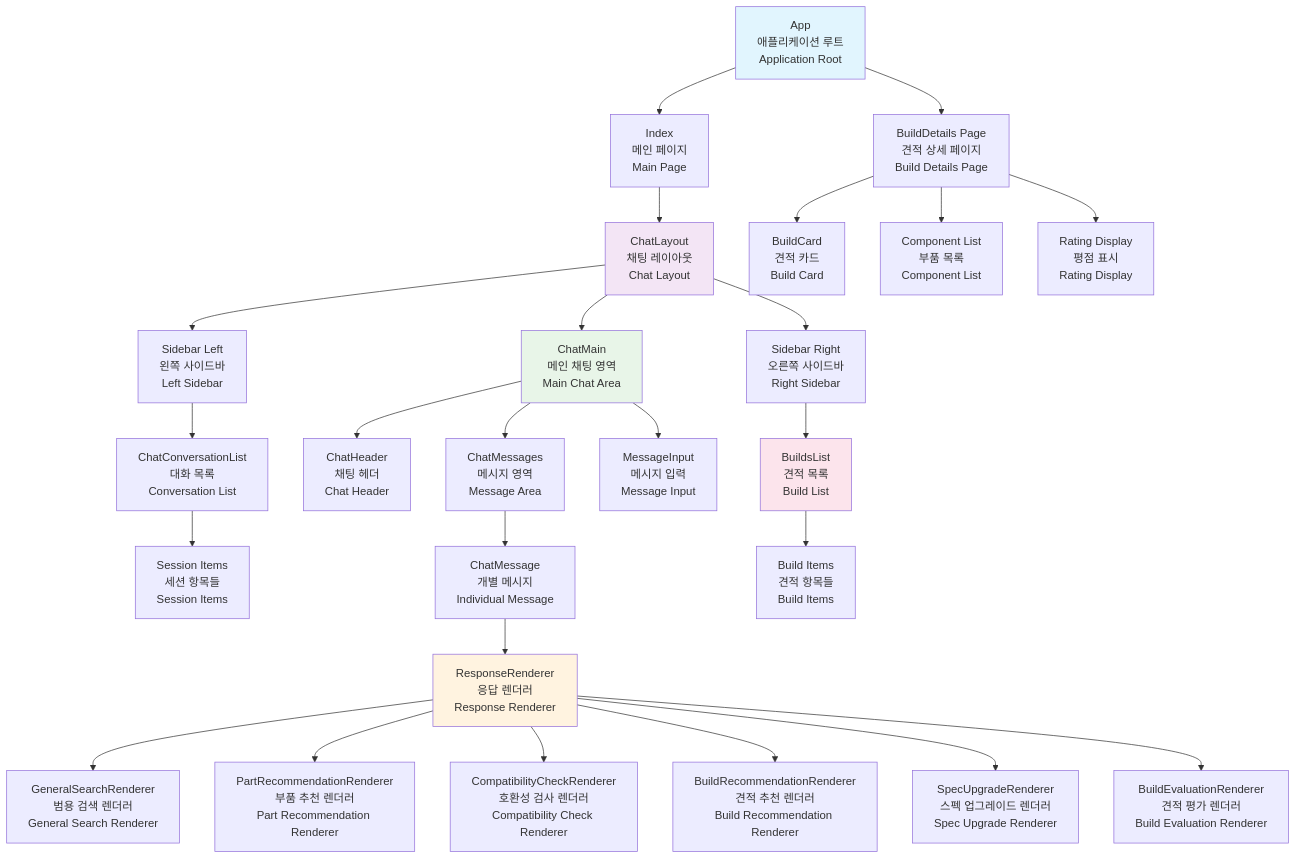
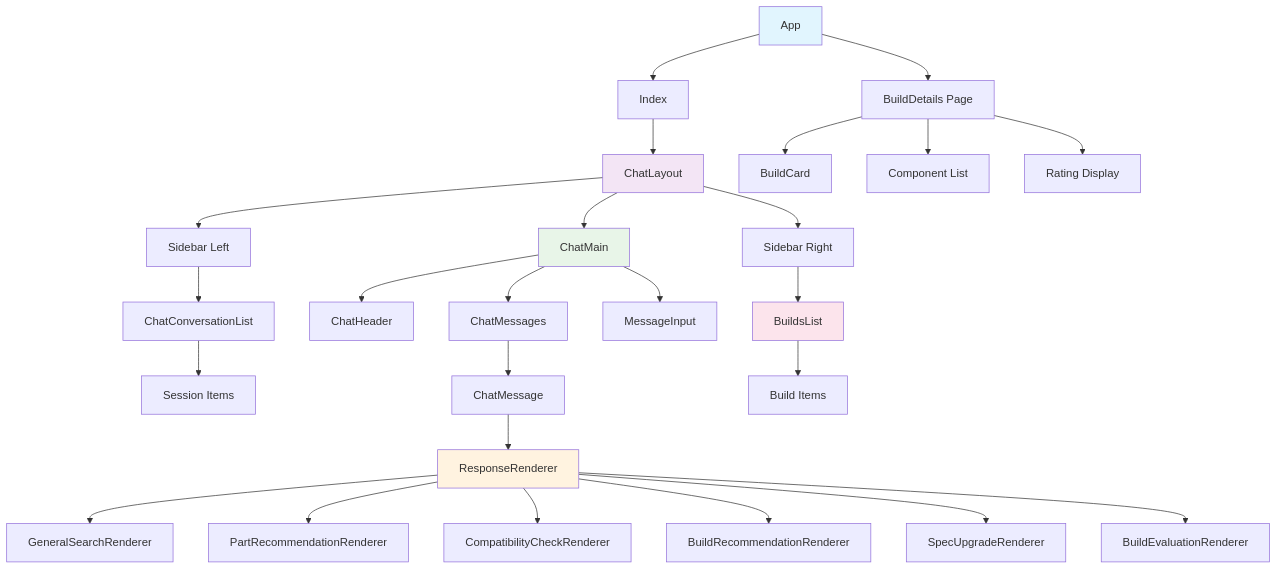
The second of 20 diagrams in docs/design-specification.md (p0pular131/askspec-chat-assistant), drawn with Mermaid before and after one commit. The commit also changed other lines of this file, not shown here.

````diff
--- a/docs/design-specification.md
+++ b/docs/design-specification.md
@@ -111,41 +111,41 @@
 ```mermaid
 graph TD
-    App["App<br/>애플리케이션 루트<br/>Application Root"] --> Index["Index<br/>메인 페이지<br/>Main Page"]
-    App --> BuildDetailsPage["BuildDetails Page<br/>견적 상세 페이지<br/>Build Details Page"]
+    App["App"] --> Index["Index"]
+    App --> BuildDetailsPage["BuildDetails Page"]
     
-    Index --> ChatLayout["ChatLayout<br/>채팅 레이아웃<br/>Chat Layout"]
+    Index --> ChatLayout["ChatLayout"]
     
-    ChatLayout --> SidebarLeft["Sidebar Left<br/>왼쪽 사이드바<br/>Left Sidebar"]
-    ChatLayout --> ChatMainArea["ChatMain<br/>메인 채팅 영역<br/>Main Chat Area"]
-    ChatLayout --> SidebarRight["Sidebar Right<br/>오른쪽 사이드바<br/>Right Sidebar"]
+    ChatLayout --> SidebarLeft["Sidebar Left"]
+    ChatLayout --> ChatMainArea["ChatMain"]
+    ChatLayout --> SidebarRight["Sidebar Right"]
     
-    SidebarLeft --> ConversationList["ChatConversationList<br/>대화 목록<br/>Conversation List"]
-    ConversationList --> SessionItem["Session Items<br/>세션 항목들<br/>Session Items"]
+    SidebarLeft --> ConversationList["ChatConversationList"]
+    ConversationList --> SessionItem["Session Items"]
     
-    ChatMainArea --> ChatHeader["ChatHeader<br/>채팅 헤더<br/>Chat Header"]
-    ChatMainArea --> ChatMessages["ChatMessages<br/>메시지 영역<br/>Message Area"]
-    ChatMainArea --> MessageInput["MessageInput<br/>메시지 입력<br/>Message Input"]
+    ChatMainArea --> ChatHeader["ChatHeader"]
+    ChatMainArea --> ChatMessages["ChatMessages"]
+    ChatMainArea --> MessageInput["MessageInput"]
     
-    ChatMessages --> ChatMessage["ChatMessage<br/>개별 메시지<br/>Individual Message"]
-    ChatMessage --> ResponseRenderer["ResponseRenderer<br/>응답 렌더러<br/>Response Renderer"]
+    ChatMessages --> ChatMessage["ChatMessage"]
+    ChatMessage --> ResponseRenderer["ResponseRenderer"]
     
-    ResponseRenderer --> GeneralSearch["GeneralSearchRenderer<br/>범용 검색 렌더러<br/>General Search Renderer"]
-    ResponseRenderer --> PartRecommendation["PartRecommendationRenderer<br/>부품 추천 렌더러<br/>Part Recommendation Renderer"]
-    ResponseRenderer --> CompatibilityCheck["CompatibilityCheckRenderer<br/>호환성 검사 렌더러<br/>Compatibility Check Renderer"]
-    ResponseRenderer --> BuildRecommendation["BuildRecommendationRenderer<br/>견적 추천 렌더러<br/>Build Recommendation Renderer"]
-    ResponseRenderer --> SpecUpgrade["SpecUpgradeRenderer<br/>스펙 업그레이드 렌더러<br/>Spec Upgrade Renderer"]
-    ResponseRenderer --> BuildEvaluation["BuildEvaluationRenderer<br/>견적 평가 렌더러<br/>Build Evaluation Renderer"]
+    ResponseRenderer --> GeneralSearch["GeneralSearchRenderer"]
+    ResponseRenderer --> PartRecommendation["PartRecommendationRenderer"]
+    ResponseRenderer --> CompatibilityCheck["CompatibilityCheckRenderer"]
+    ResponseRenderer --> BuildRecommendation["BuildRecommendationRenderer"]
+    ResponseRenderer --> SpecUpgrade["SpecUpgradeRenderer"]
+    ResponseRenderer --> BuildEvaluation["BuildEvaluationRenderer"]
     
-    SidebarRight --> BuildsList["BuildsList<br/>견적 목록<br/>Build List"]
-    BuildsList --> BuildItem["Build Items<br/>견적 항목들<br/>Build Items"]
+    SidebarRight --> BuildsList["BuildsList"]
+    BuildsList --> BuildItem["Build Items"]
     
-    BuildDetailsPage --> BuildCard["BuildCard<br/>견적 카드<br/>Build Card"]
-    BuildDetailsPage --> ComponentList["Component List<br/>부품 목록<br/>Component List"]
-    BuildDetailsPage --> RatingDisplay["Rating Display<br/>평점 표시<br/>Rating Display"]
+    BuildDetailsPage --> BuildCard["BuildCard"]
+    BuildDetailsPage --> ComponentList["Component List"]
+    BuildDetailsPage --> RatingDisplay["Rating Display"]
     
     style App fill:#e1f5fe
     style ChatLayout fill:#f3e5f5
     style ChatMainArea fill:#e8f5e8
     style ResponseRenderer fill:#fff3e0
     style BuildsList fill:#fce4ec
 ```
````
